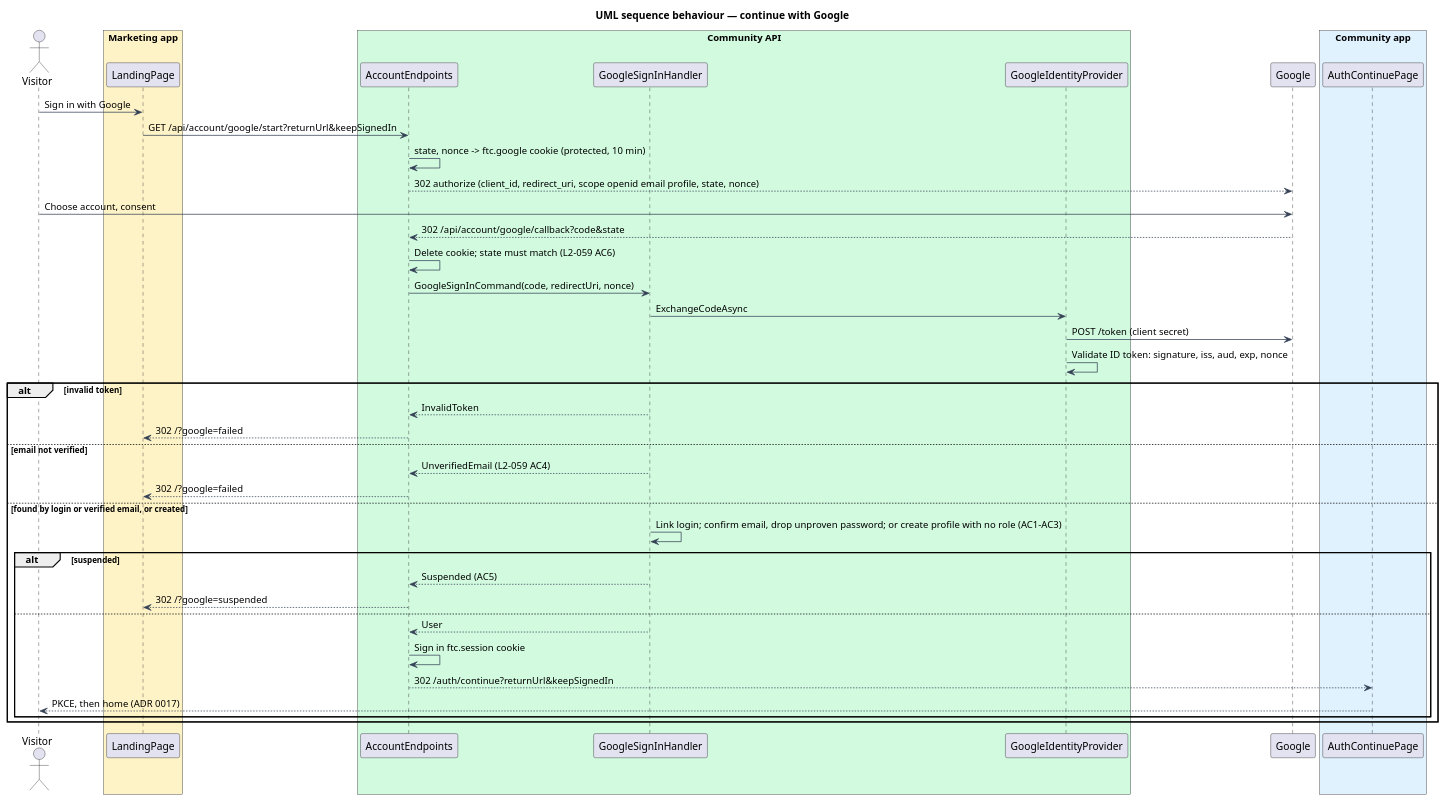
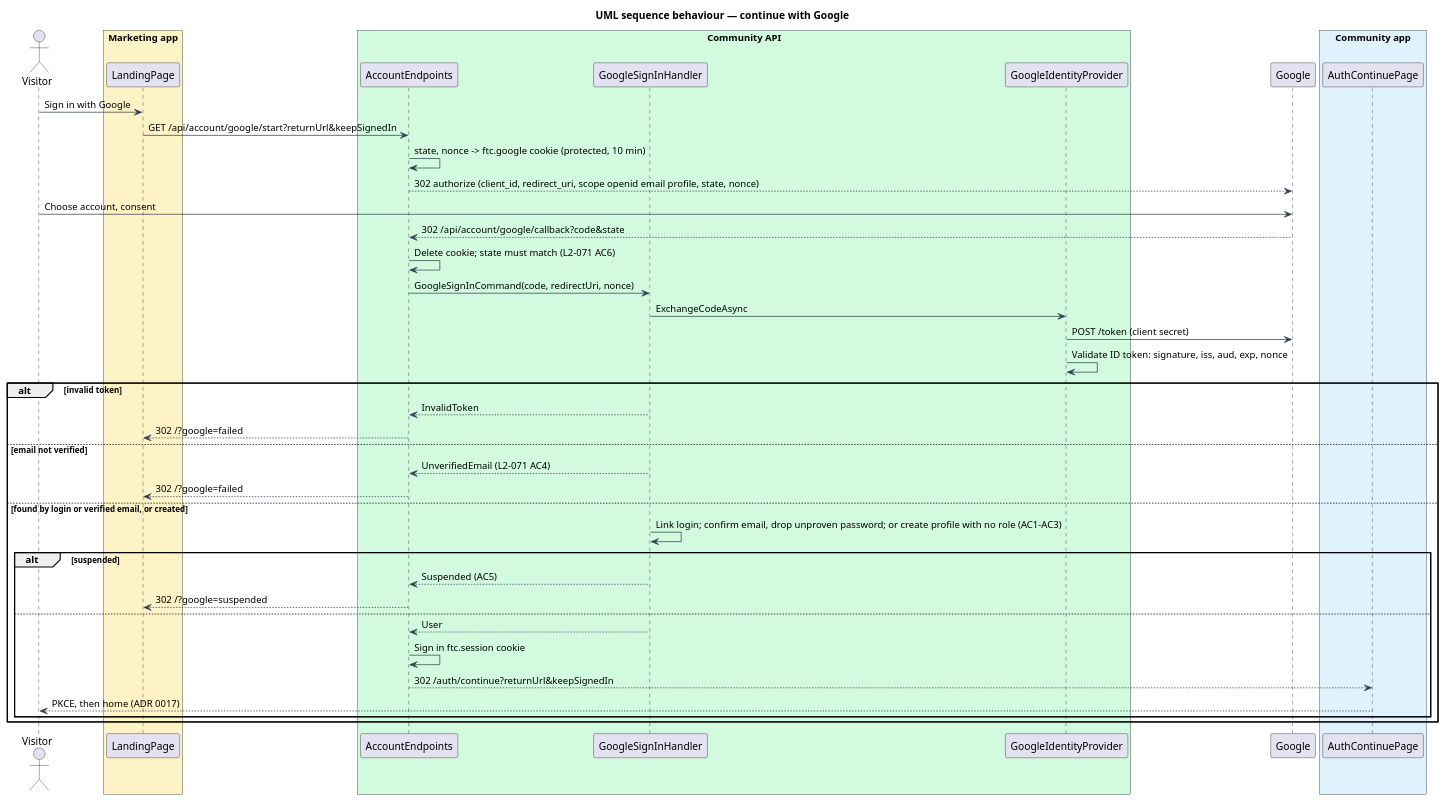
One commit to QuinntyneBrown/faithtech-community changed the diagram in docs/detailed-designs/identity/google-sign-in/diagrams/sequence-google-sign-in.puml. Above: the diagram before and after it, drawn with PlantUML. The commit also changed 54 other files, not shown here.

```diff
--- a/docs/detailed-designs/identity/google-sign-in/diagrams/sequence-google-sign-in.puml
+++ b/docs/detailed-designs/identity/google-sign-in/diagrams/sequence-google-sign-in.puml
@@ -1,49 +1,49 @@
 @startuml
 title UML sequence behaviour — continue with Google
 skinparam backgroundColor #FFFFFF
 skinparam shadowing false
 skinparam defaultFontName Arial
 skinparam ArrowColor #344054
 actor "Visitor" as actor
 box "Marketing app" #FEF3C7
   participant "LandingPage" as page
 end box
 box "Community API" #D1FADF
   participant "AccountEndpoints" as ep
   participant "GoogleSignInHandler" as h
   participant "GoogleIdentityProvider" as prov
 end box
 participant "Google" as google
 box "Community app" #E0F2FE
   participant "AuthContinuePage" as cont
 end box
 actor -> page : Sign in with Google
 page -> ep : GET /api/account/google/start?returnUrl&keepSignedIn
 ep -> ep : state, nonce -> ftc.google cookie (protected, 10 min)
 ep --> google : 302 authorize (client_id, redirect_uri, scope openid email profile, state, nonce)
 actor -> google : Choose account, consent
 google --> ep : 302 /api/account/google/callback?code&state
-ep -> ep : Delete cookie; state must match (L2-059 AC6)
+ep -> ep : Delete cookie; state must match (L2-071 AC6)
 ep -> h : GoogleSignInCommand(code, redirectUri, nonce)
 h -> prov : ExchangeCodeAsync
 prov -> google : POST /token (client secret)
 prov -> prov : Validate ID token: signature, iss, aud, exp, nonce
 alt invalid token
   h --> ep : InvalidToken
   ep --> page : 302 /?google=failed
 else email not verified
-  h --> ep : UnverifiedEmail (L2-059 AC4)
+  h --> ep : UnverifiedEmail (L2-071 AC4)
   ep --> page : 302 /?google=failed
 else found by login or verified email, or created
   h -> h : Link login; confirm email, drop unproven password; or create profile with no role (AC1-AC3)
   alt suspended
     h --> ep : Suspended (AC5)
     ep --> page : 302 /?google=suspended
   else
     h --> ep : User
     ep -> ep : Sign in ftc.session cookie
     ep --> cont : 302 /auth/continue?returnUrl&keepSignedIn
     cont --> actor : PKCE, then home (ADR 0017)
   end
 end
 @enduml
```
